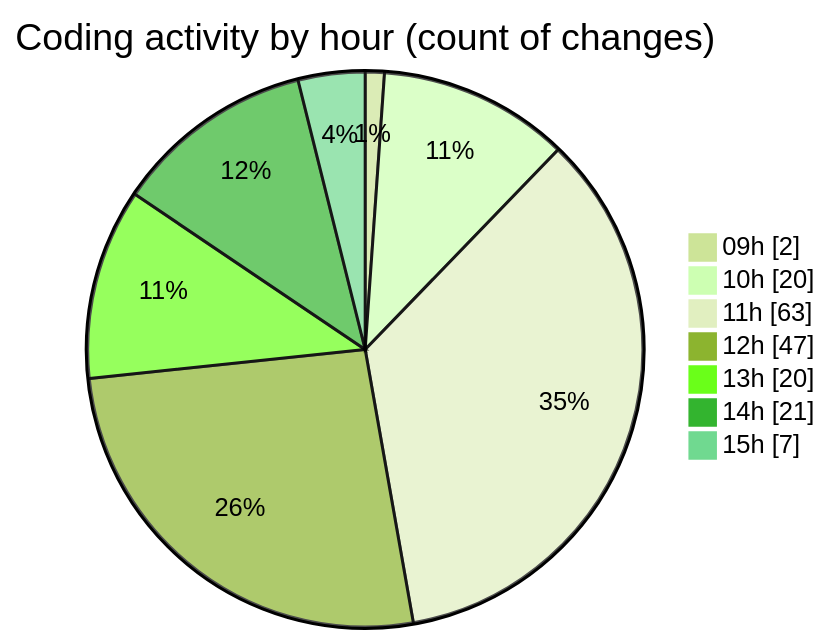
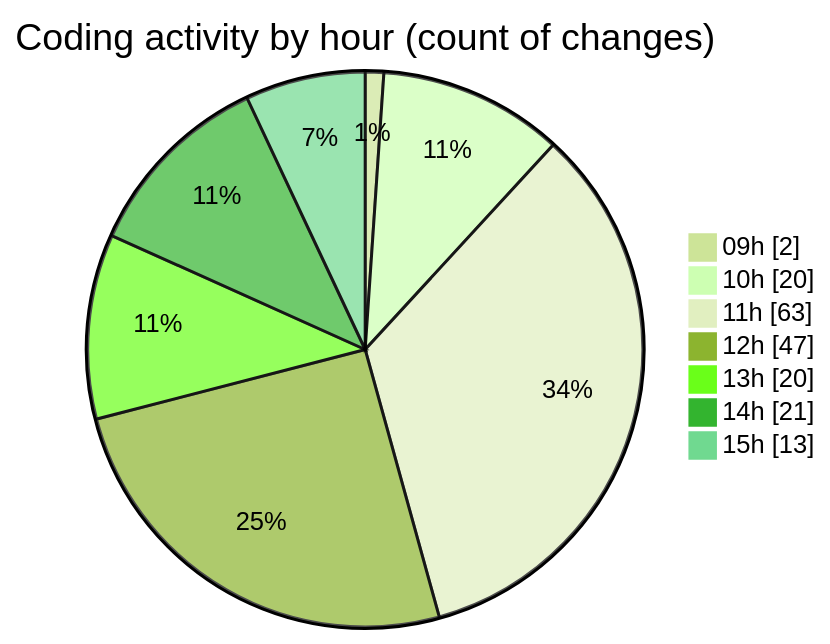
Before and after one commit to momahboobian/code-tracking: the second of 2 diagrams in 2025-04-08/cda/README.md, drawn with Mermaid (forest theme). The commit also changed other lines of this file and 1 other file, not shown here.

````diff
--- a/2025-04-08/cda/README.md
+++ b/2025-04-08/cda/README.md
@@ -39,11 +39,11 @@
 ```mermaid
 pie showData
 title Coding activity by hour (count of changes)
 "09h" : 2
 "10h" : 20
 "11h" : 63
 "12h" : 47
 "13h" : 20
 "14h" : 21
-"15h" : 7
+"15h" : 13
 ```
````
